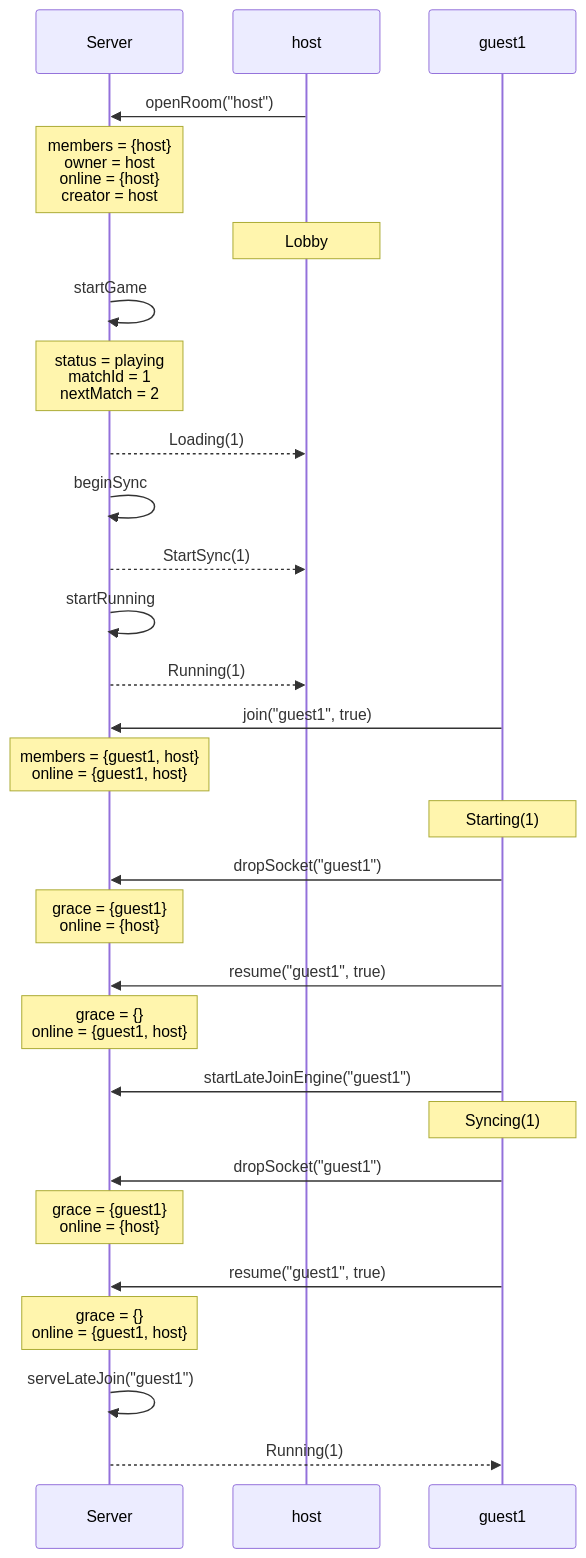
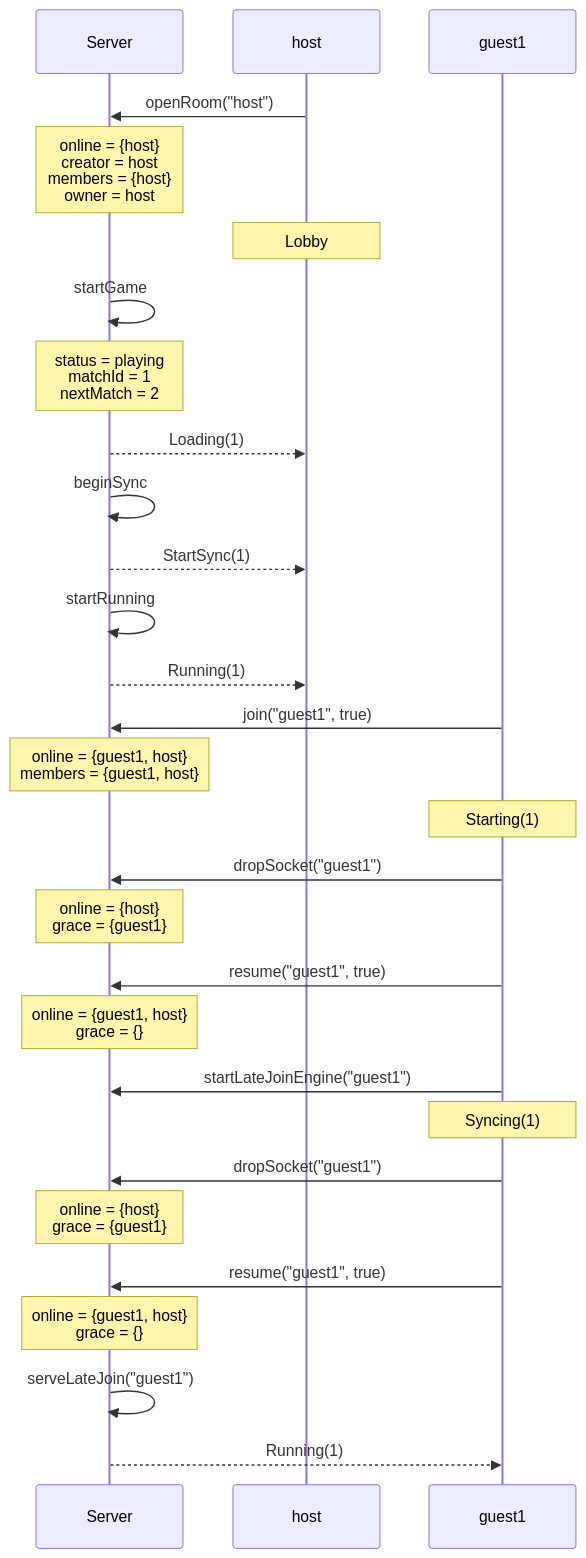
Before and after one commit to kwilson21/kaillera-next: diagram 11 of 29 in docs/spec-traces.md, drawn with Mermaid. The commit also changed other lines of this file and 7 other files, not shown here.

````diff
--- a/docs/spec-traces.md
+++ b/docs/spec-traces.md
@@ -266,31 +266,31 @@
 ```mermaid
 sequenceDiagram
   participant Server
   participant host
   participant guest1
   host->>Server: openRoom("host")
-  Note over Server: members = {host}<br/>owner = host<br/>online = {host}<br/>creator = host
+  Note over Server: online = {host}<br/>creator = host<br/>members = {host}<br/>owner = host
   Note over host: Lobby
   Server->>Server: startGame
   Note over Server: status = playing<br/>matchId = 1<br/>nextMatch = 2
   Server-->>host: Loading(1)
   Server->>Server: beginSync
   Server-->>host: StartSync(1)
   Server->>Server: startRunning
   Server-->>host: Running(1)
   guest1->>Server: join("guest1", true)
-  Note over Server: members = {guest1, host}<br/>online = {guest1, host}
+  Note over Server: online = {guest1, host}<br/>members = {guest1, host}
   Note over guest1: Starting(1)
   guest1->>Server: dropSocket("guest1")
-  Note over Server: grace = {guest1}<br/>online = {host}
+  Note over Server: online = {host}<br/>grace = {guest1}
   guest1->>Server: resume("guest1", true)
-  Note over Server: grace = {}<br/>online = {guest1, host}
+  Note over Server: online = {guest1, host}<br/>grace = {}
   guest1->>Server: startLateJoinEngine("guest1")
   Note over guest1: Syncing(1)
   guest1->>Server: dropSocket("guest1")
-  Note over Server: grace = {guest1}<br/>online = {host}
+  Note over Server: online = {host}<br/>grace = {guest1}
   guest1->>Server: resume("guest1", true)
-  Note over Server: grace = {}<br/>online = {guest1, host}
+  Note over Server: online = {guest1, host}<br/>grace = {}
   Server->>Server: serveLateJoin("guest1")
   Server-->>guest1: Running(1)
 ```
````
